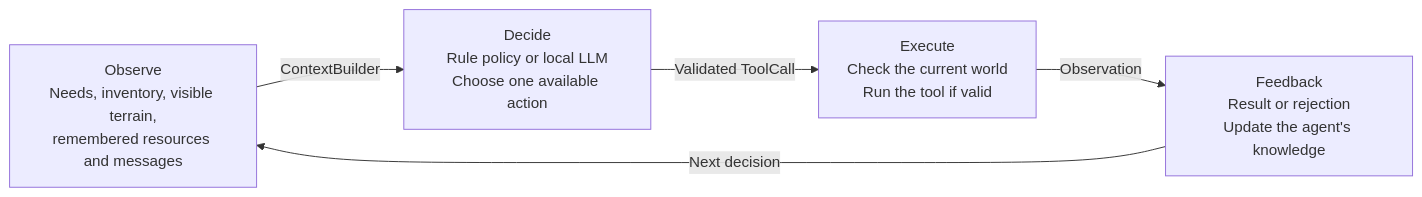
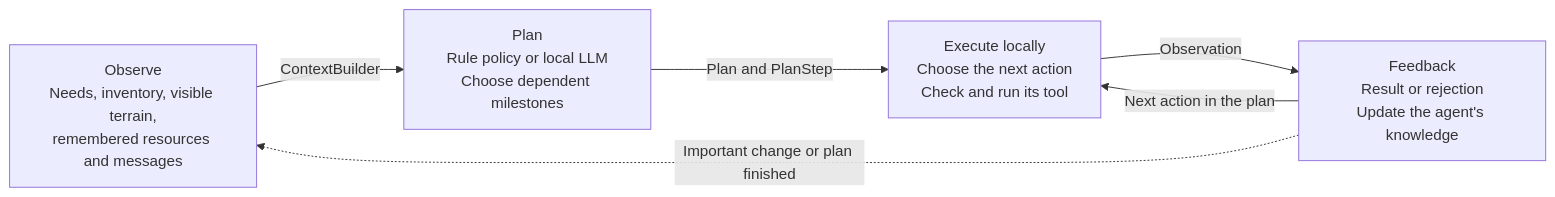
Before and after one commit to Brilberry/bbagents: the first of 2 diagrams in README.md, drawn with Mermaid. The commit also changed other lines of this file and 9 other files, not shown here.

````diff
--- a/README.md
+++ b/README.md
@@ -35,11 +35,12 @@
 ```mermaid
 flowchart LR
     O["Observe<br/>Needs, inventory, visible terrain,<br/>remembered resources and messages"]
-    D["Decide<br/>Rule policy or local LLM<br/>Choose one available action"]
-    E["Execute<br/>Check the current world<br/>Run the tool if valid"]
+    D["Plan<br/>Rule policy or local LLM<br/>Choose dependent milestones"]
+    E["Execute locally<br/>Choose the next action<br/>Check and run its tool"]
     F["Feedback<br/>Result or rejection<br/>Update the agent's knowledge"]
     O -->|ContextBuilder| D
-    D -->|Validated ToolCall| E
+    D -->|Plan and PlanStep| E
     E -->|Observation| F
-    F -->|Next decision| O
+    F -->|Next action in the plan| E
+    F -.->|Important change or plan finished| O
 ```
````
